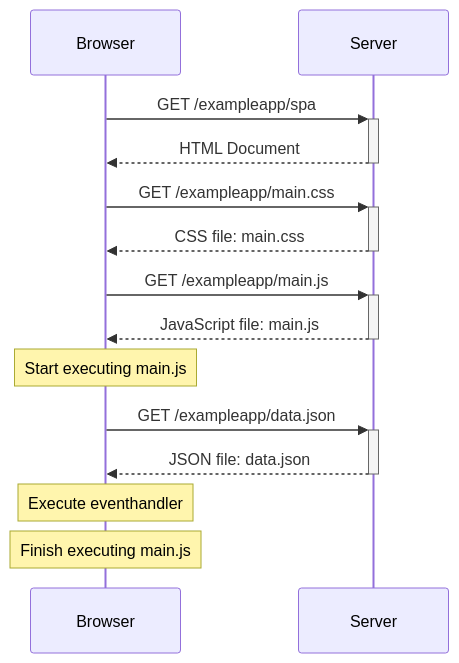
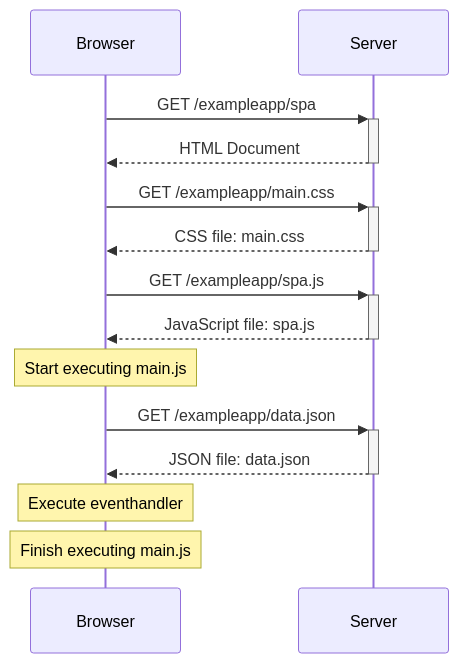
The diagram in osa0/tehtava0.5.md (eemeli3/fullstack_tehtavat), drawn with Mermaid before and after one commit.

````diff
--- a/osa0/tehtava0.5.md
+++ b/osa0/tehtava0.5.md
@@ -1,16 +1,16 @@
 ```mermaid
 sequenceDiagram;
     participant A as Browser;
     participant B as Server;
     A->>+B: GET /exampleapp/spa
     B-->>-A: HTML Document
     A->>+B: GET /exampleapp/main.css
     B-->>-A: CSS file: main.css
-    A->>+B: GET /exampleapp/main.js
-    B-->>-A: JavaScript file: main.js
+    A->>+B: GET /exampleapp/spa.js
+    B-->>-A: JavaScript file: spa.js
     Note over A: Start executing main.js
     A->>+B: GET /exampleapp/data.json
     B-->>-A: JSON file: data.json
     Note over A: Execute eventhandler
     Note over A: Finish executing main.js
 ```
````
